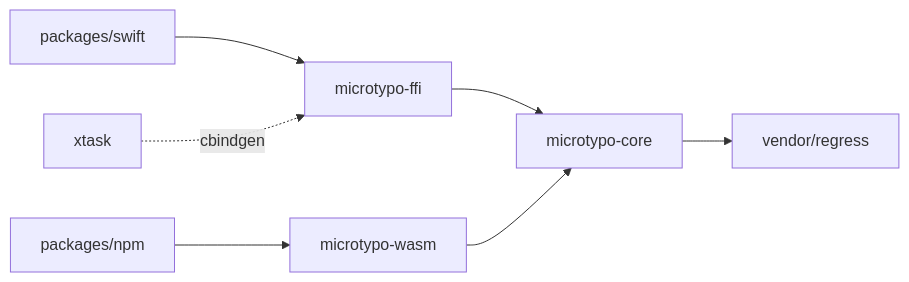
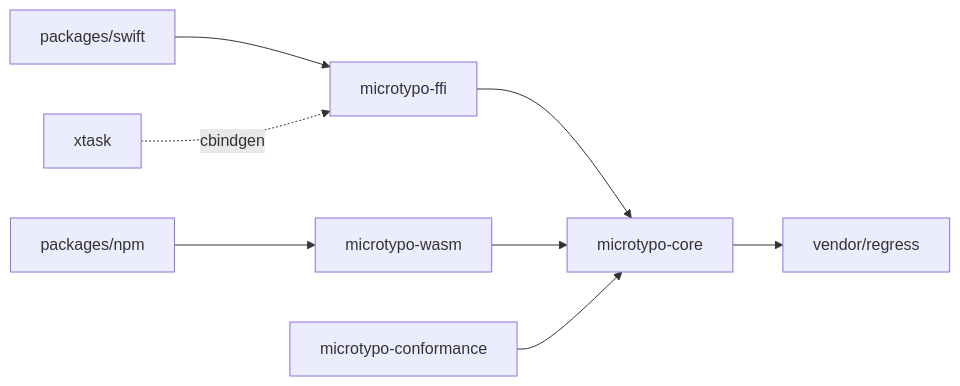
Before and after one commit to meritt/microtypo.rs: the diagram in docs/architecture.md, drawn with Mermaid. The commit also changed other lines of this file and 127 other files, not shown here.

````diff
--- a/docs/architecture.md
+++ b/docs/architecture.md
@@ -11,9 +15,10 @@
 ```mermaid
 flowchart LR
   core[microtypo-core] --> regress[vendor/regress]
   ffi[microtypo-ffi] --> core
   wasm[microtypo-wasm] --> core
+  conformance[microtypo-conformance] --> core
   swift[packages/swift] --> ffi
   npm[packages/npm] --> wasm
   xtask -.->|cbindgen| ffi
 ```
````
